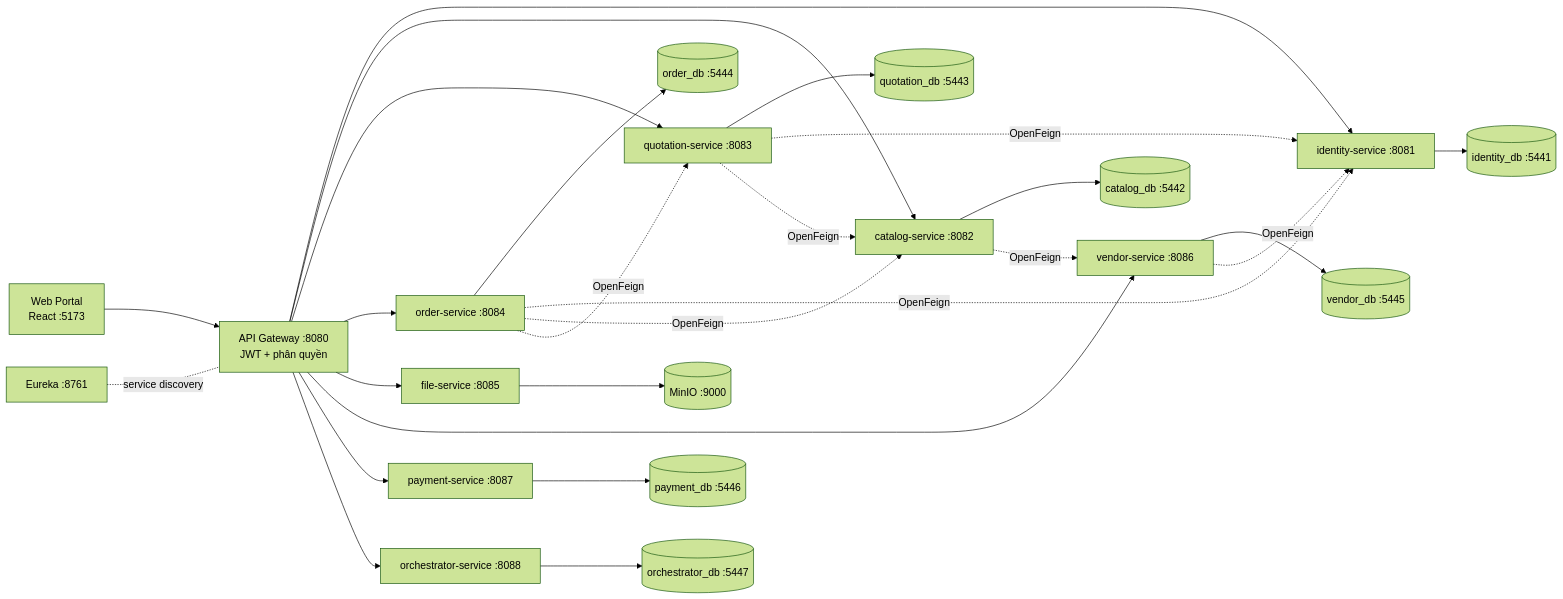
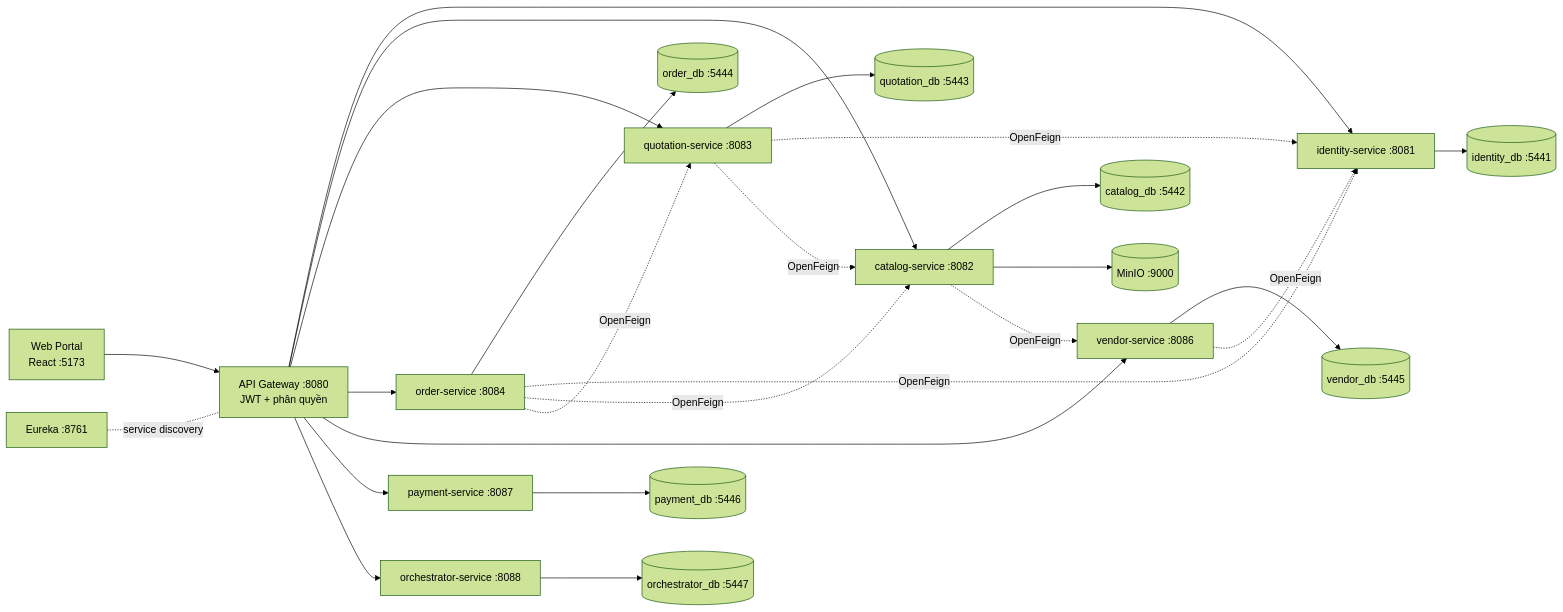
The diagram in README.md (LeTran30/MSS301-moonkage-platform-project), drawn with Mermaid (forest theme) before and after one commit. The commit also changed other lines of this file and 78 other files, not shown here.

````diff
--- a/README.md
+++ b/README.md
@@ -52,28 +52,27 @@
 ```mermaid
 flowchart LR
     Web["Web Portal<br/>React :5173"] --> GW["API Gateway :8080<br/>JWT + phân quyền"]
     GW --> ID["identity-service :8081"]
     GW --> CA["catalog-service :8082"]
     GW --> TE["quotation-service :8083"]
     GW --> OR["order-service :8084"]
-    GW --> FI["file-service :8085"]
     GW --> VE["vendor-service :8086"]
     GW --> PA["payment-service :8087"]
     GW --> NO["orchestrator-service :8088"]
     ID --> IDB[("identity_db :5441")]
     CA --> CDB[("catalog_db :5442")]
     TE --> TDB[("quotation_db :5443")]
     OR --> ODB[("order_db :5444")]
-    FI --> MI[("MinIO :9000")]
+    CA --> MI[("MinIO :9000")]
     VE --> VDB[("vendor_db :5445")]
     PA --> PDB[("payment_db :5446")]
     NO --> NDB[("orchestrator_db :5447")]
     CA -. OpenFeign .-> VE
     VE -. OpenFeign .-> ID
     TE -. OpenFeign .-> ID
     TE -. OpenFeign .-> CA
     OR -. OpenFeign .-> ID
     OR -. OpenFeign .-> CA
     OR -. OpenFeign .-> TE
     EU["Eureka :8761"] -.-|service discovery| GW
 ```
````
